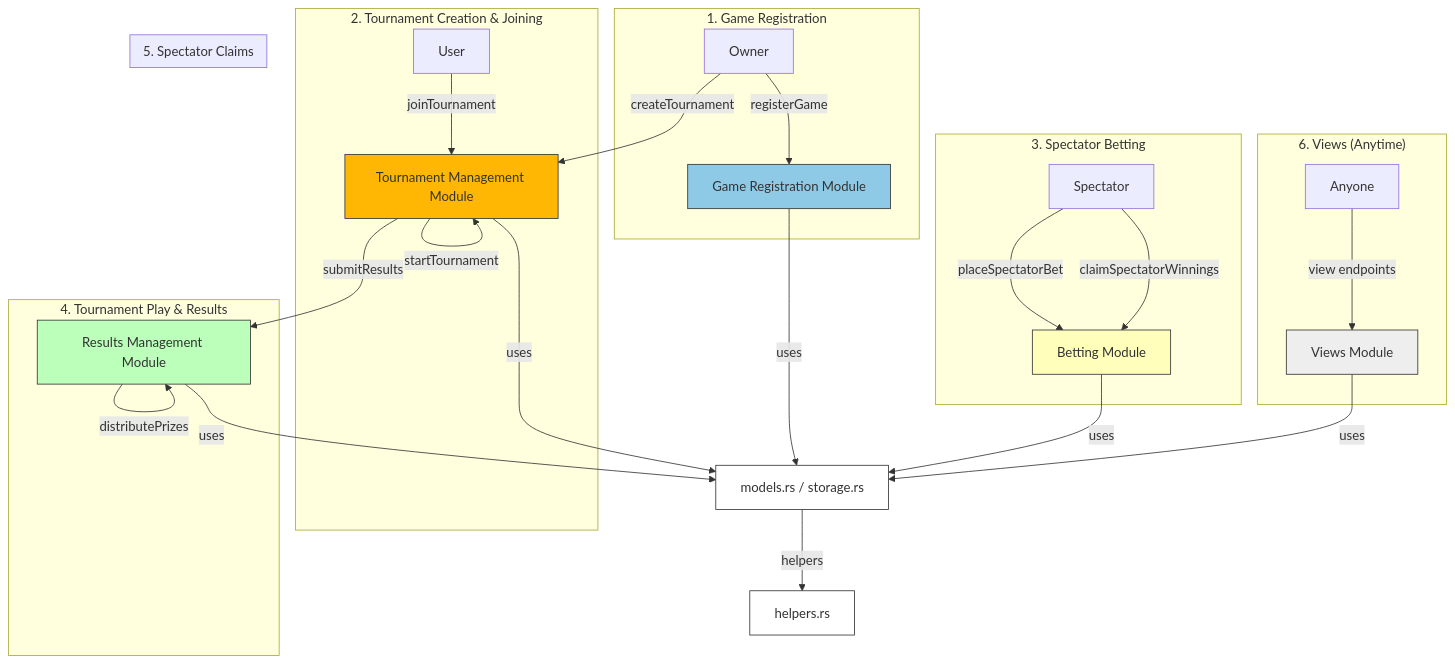
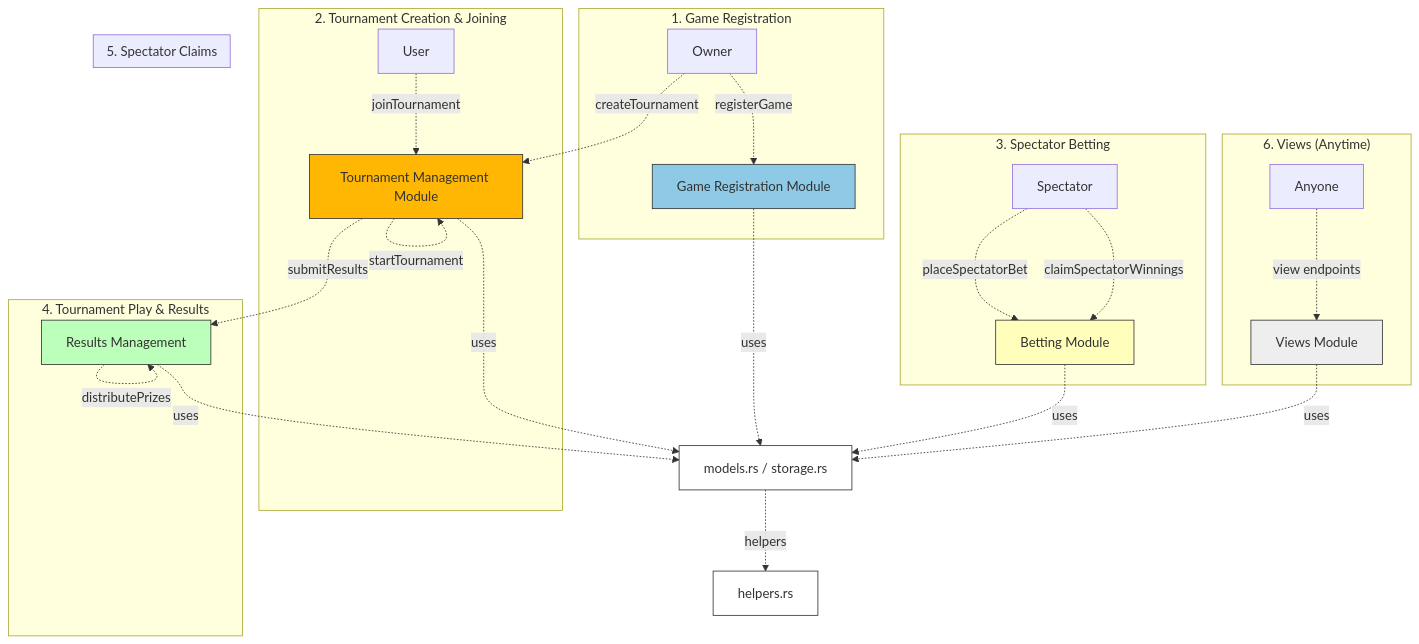
Before and after one commit to multiversx/mx-contracts-rs: the diagram in contracts/tournament-hub/README.md, drawn with Mermaid. The commit also changed 1 other file, not shown here.

Commit message:
tournament-hub: fix clippy

````diff
--- a/contracts/tournament-hub/README.md
+++ b/contracts/tournament-hub/README.md
@@ -57,52 +57,51 @@
 ```mermaid
 flowchart TD
     %% Step 1: Game Registration
-    subgraph Step1 ["1. Game Registration"]
-        Owner -->|registerGame| GameReg[Game Registration Module]
+    subgraph Step1["1. Game Registration"]
+        Owner -.->|registerGame| GameReg[Game Registration Module]
     end
 
     %% Step 2: Tournament Creation & Joining
-    subgraph Step2 ["2. Tournament Creation & Joining"]
-        Owner -->|createTournament| TourManage[Tournament Management Module]
-        User -->|joinTournament| TourManage
-        TourManage -->|startTournament| TourManage
+    subgraph Step2["2. Tournament Creation & Joining"]
+        Owner -.->|createTournament| TourManage[Tournament Management Module]
+        User -.->|joinTournament| TourManage
+        TourManage -.->|startTournament| TourManage
     end
 
     %% Step 3: Spectator Betting
-    subgraph Step3 ["3. Spectator Betting"]
-        Spectator -->|placeSpectatorBet| SpectBet[Betting Module]
+    subgraph Step3["3. Spectator Betting"]
+        Spectator -.->|placeSpectatorBet| SpectBet[Betting Module]
     end
 
     %% Step 4: Tournament Play & Results
-    subgraph Step4 ["4. Tournament Play & Results"]
-        TourManage -->|submitResults| Results[Results Management Module]
-        Results -->|distributePrizes| Results
+    subgraph Step4["4. Tournament Play & Results"]
+        TourManage -.->|submitResults| Results[Results Management]
+        Results -.->|distributePrizes| Results
     end
 
     %% Step 5: Spectator Claims
-    subgraph Step5 ["5. Spectator Claims"]
-        Spectator -->|claimSpectatorWinnings| SpectBet
+    subgraph Step5["5. Spectator Claims"]
+        Spectator -.->|claimSpectatorWinnings| SpectBet
     end
 
     %% Step 6: Views (Anytime)
-    subgraph Step6 ["6. Views (Anytime)"]
-        Anyone -->|view endpoints| Views[Views Module]
+    subgraph Step6["6. Views (Anytime)"]
+        Anyone -.->|view endpoints| Views[Views Module]
     end
 
     %% Module dependencies
-    GameReg -->|uses| Shared[models.rs / storage.rs]
-    TourManage -->|uses| Shared
-    SpectBet -->|uses| Shared
-    Results -->|uses| Shared
-    Views -->|uses| Shared
-    Shared -->|helpers| Helpers[helpers.rs]
+    GameReg -.->|uses| Shared[models.rs / storage.rs]
+    TourManage -.->|uses| Shared
+    SpectBet -.->|uses| Shared
+    Results -.->|uses| Shared
+    Views -.->|uses| Shared
+    Shared -.->|helpers| Helpers[helpers.rs]
 
-    %% Styling
     style GameReg fill:#8ecae6,stroke:#333,stroke-width:1px
     style TourManage fill:#ffb703,stroke:#333,stroke-width:1px
     style Results fill:#bfb,stroke:#333,stroke-width:1px
     style SpectBet fill:#ffb,stroke:#333,stroke-width:1px
     style Views fill:#eee,stroke:#333,stroke-width:1px
     style Shared fill:#fff,stroke:#333,stroke-width:1px
     style Helpers fill:#fff,stroke:#333,stroke-width:1px
 ```
````
